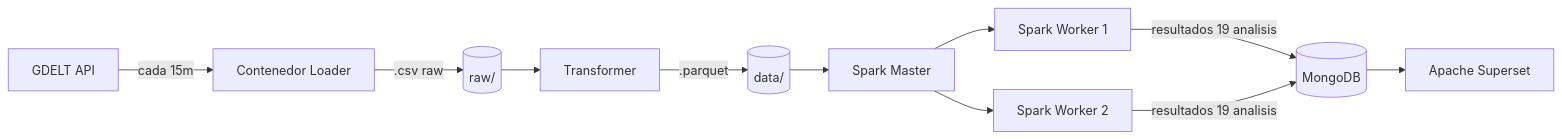
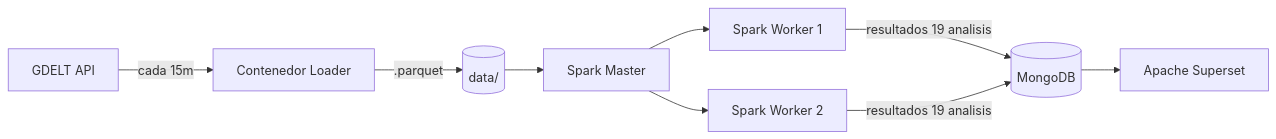
The fourth of 5 diagrams in resumen.md (Abraham2106/26s1-ic4302-p2), drawn with Mermaid before and after one commit. The commit also changed other lines of this file, not shown here.

````diff
--- a/resumen.md
+++ b/resumen.md
@@ -130,13 +110,11 @@
 ```mermaid
 flowchart LR
     GDELT[GDELT API] -->|cada 15m| Loader[Contenedor Loader]
-    Loader -->|.csv raw| Raw[(raw/)]
-    Raw --> Transformer[Transformer]
-    Transformer -->|.parquet| Data[(data/)]
+    Loader -->|.parquet| Data[(data/)]
     Data --> SparkM[Spark Master]
     SparkM --> SparkW1[Spark Worker 1]
     SparkM --> SparkW2[Spark Worker 2]
     SparkW1 -->|resultados 19 analisis| Mongo[(MongoDB)]
     SparkW2 -->|resultados 19 analisis| Mongo
     Mongo --> Superset[Apache Superset]
 ```
````
